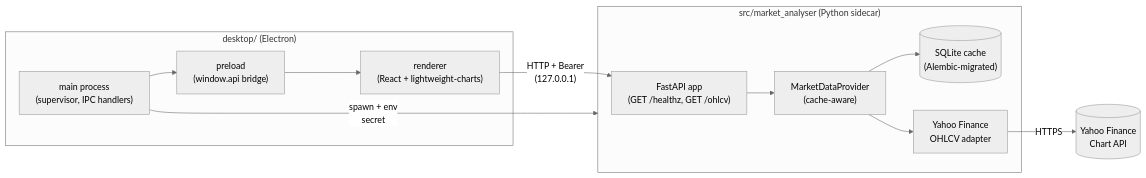
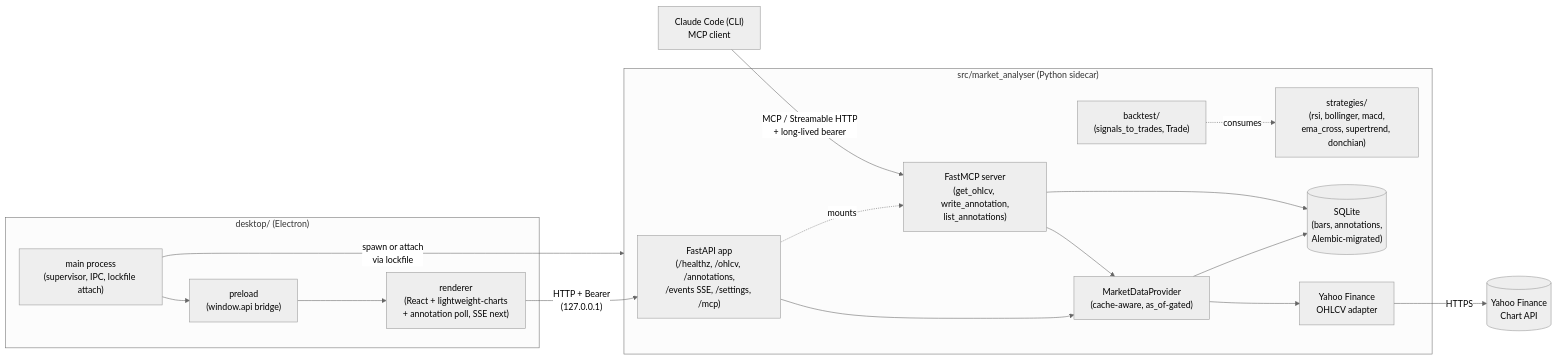
Before and after one commit to IgorKonovalov/market-analyzer: the diagram in README.md, drawn with Mermaid (neutral theme). The commit also changed other lines of this file, not shown here.

First line of the commit message:
docs(readme): refresh for MCP, strategies, annotations, SSE, standalone sidecar

````diff
--- a/README.md
+++ b/README.md
@@ -20,22 +29,32 @@
 ```mermaid
 flowchart LR
+  agent["Claude Code (CLI)<br/>MCP client"]
+
   subgraph desktop["desktop/ (Electron)"]
-    main["main process<br/>(supervisor, IPC handlers)"]
+    main["main process<br/>(supervisor, IPC, lockfile attach)"]
     preload["preload<br/>(window.api bridge)"]
-    renderer["renderer<br/>(React + lightweight-charts)"]
+    renderer["renderer<br/>(React + lightweight-charts<br/>+ annotation poll, SSE next)"]
     main --> preload --> renderer
   end
 
   subgraph sidecar["src/market_analyser (Python sidecar)"]
-    api["FastAPI app<br/>(GET /healthz, GET /ohlcv)"]
-    provider["MarketDataProvider<br/>(cache-aware)"]
-    cache[("SQLite cache<br/>(Alembic-migrated)")]
+    api["FastAPI app<br/>(/healthz, /ohlcv, /annotations,<br/>/events SSE, /settings, /mcp)"]
+    mcpapp["FastMCP server<br/>(get_ohlcv, write_annotation,<br/>list_annotations)"]
+    provider["MarketDataProvider<br/>(cache-aware, as_of-gated)"]
+    strategies["strategies/<br/>(rsi, bollinger, macd,<br/>ema_cross, supertrend, donchian)"]
+    backtest["backtest/<br/>(signals_to_trades, Trade)"]
+    cache[("SQLite<br/>(bars, annotations,<br/>Alembic-migrated)")]
     adapter["Yahoo Finance<br/>OHLCV adapter"]
     api --> provider --> cache
+    api -. mounts .-> mcpapp
+    mcpapp --> provider
+    mcpapp --> cache
     provider --> adapter
+    backtest -. consumes .-> strategies
   end
 
   renderer -- "HTTP + Bearer<br/>(127.0.0.1)" --> api
-  main -- "spawn + env<br/>secret" --> sidecar
+  agent -- "MCP / Streamable HTTP<br/>+ long-lived bearer" --> mcpapp
+  main -- "spawn or attach<br/>via lockfile" --> sidecar
   adapter -- "HTTPS" --> yahoo[("Yahoo Finance<br/>Chart API")]
 ```
````
